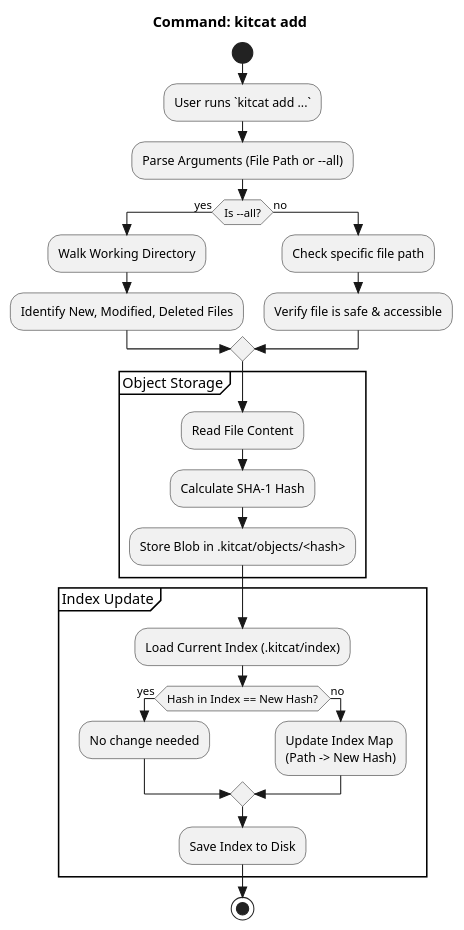
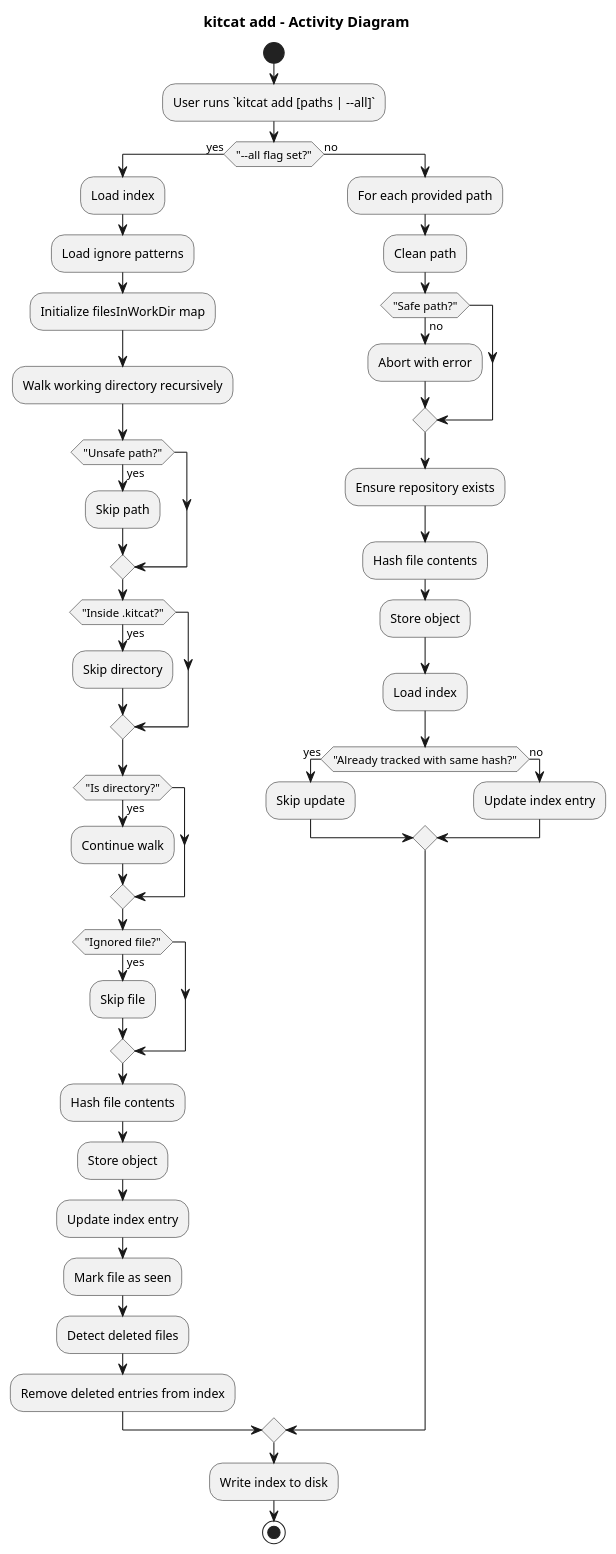
Before and after one commit to LeeFred3042U/kitkat: the diagram in docs/architecture/add/add.puml, drawn with PlantUML. The commit also changed 2 other files, not shown here.

Commit message:
docs: add activity diagram for kitcat add command (#182)

```diff
--- a/docs/architecture/add/add.puml
+++ b/docs/architecture/add/add.puml
@@ -1,33 +1,66 @@
-@startuml add
-title Command: kitcat add
-skinparam style strictuml
+@startuml
+title kitcat add – Activity Diagram
+
 start
-:User runs `kitcat add ...`;
-:Parse Arguments (File Path or --all);
 
-if (Is --all?) then (yes)
-  :Walk Working Directory;
-  :Identify New, Modified, Deleted Files;
+:User runs `kitcat add [paths | --all]`;
+
+if ("--all flag set?") then (yes)
+
+  :Load index;
+  :Load ignore patterns;
+  :Initialize filesInWorkDir map;
+
+  :Walk working directory recursively;
+
+  if ("Unsafe path?") then (yes)
+    :Skip path;
+  endif
+
+  if ("Inside .kitcat?") then (yes)
+    :Skip directory;
+  endif
+
+  if ("Is directory?") then (yes)
+    :Continue walk;
+  endif
+
+  if ("Ignored file?") then (yes)
+    :Skip file;
+  endif
+
+  :Hash file contents;
+  :Store object;
+  :Update index entry;
+  :Mark file as seen;
+
+  :Detect deleted files;
+  :Remove deleted entries from index;
+
 else (no)
-  :Check specific file path;
-  :Verify file is safe & accessible;
+
+  :For each provided path;
+  :Clean path;
+
+  if ("Safe path?") then (no)
+    :Abort with error;
+  endif
+
+  :Ensure repository exists;
+  :Hash file contents;
+  :Store object;
+
+  :Load index;
+
+  if ("Already tracked with same hash?") then (yes)
+    :Skip update;
+  else (no)
+    :Update index entry;
+  endif
+
 endif
 
-partition "Object Storage" {
-  :Read File Content;
-  :Calculate SHA-1 Hash;
-  :Store Blob in .kitcat/objects/<hash>;
-}
+:Write index to disk;
+stop
 
-partition "Index Update" {
-  :Load Current Index (.kitcat/index);
-  if (Hash in Index == New Hash?) then (yes)
-    :No change needed;
-  else (no)
-    :Update Index Map
-    (Path -> New Hash);
-  endif
-  :Save Index to Disk;
-}
-stop
 @enduml
```
